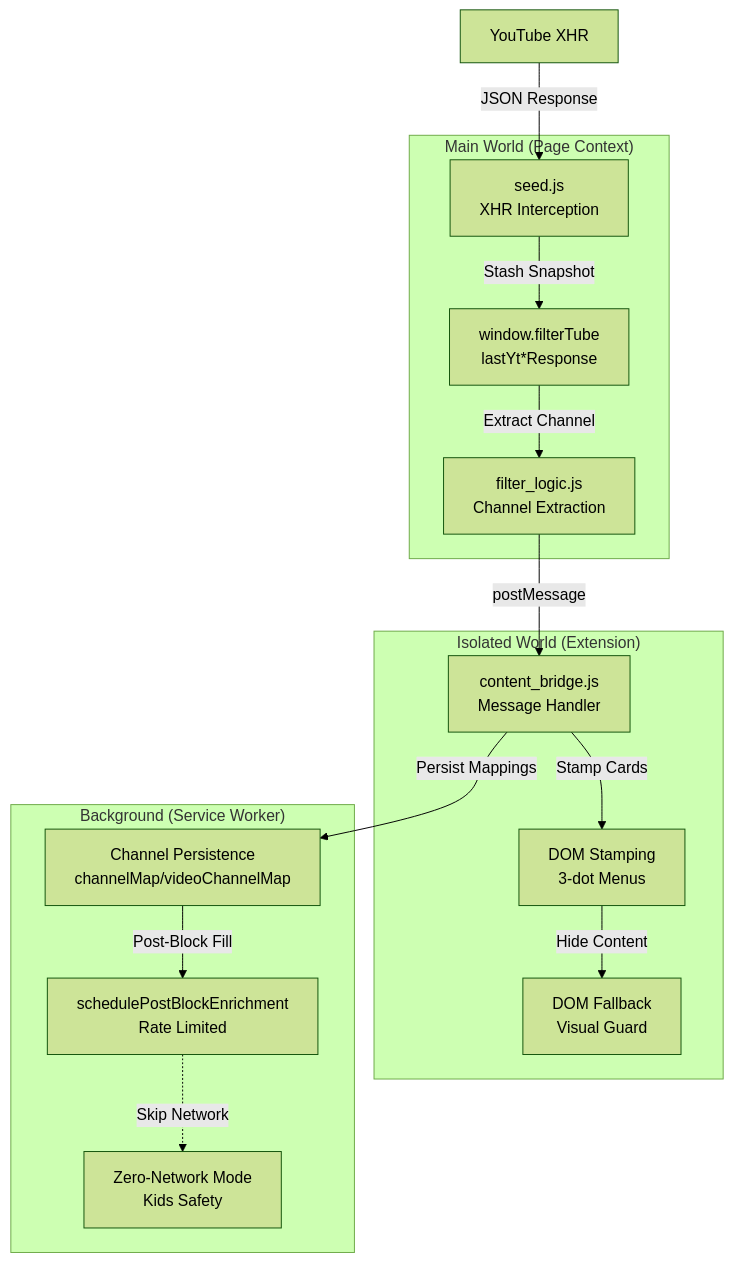
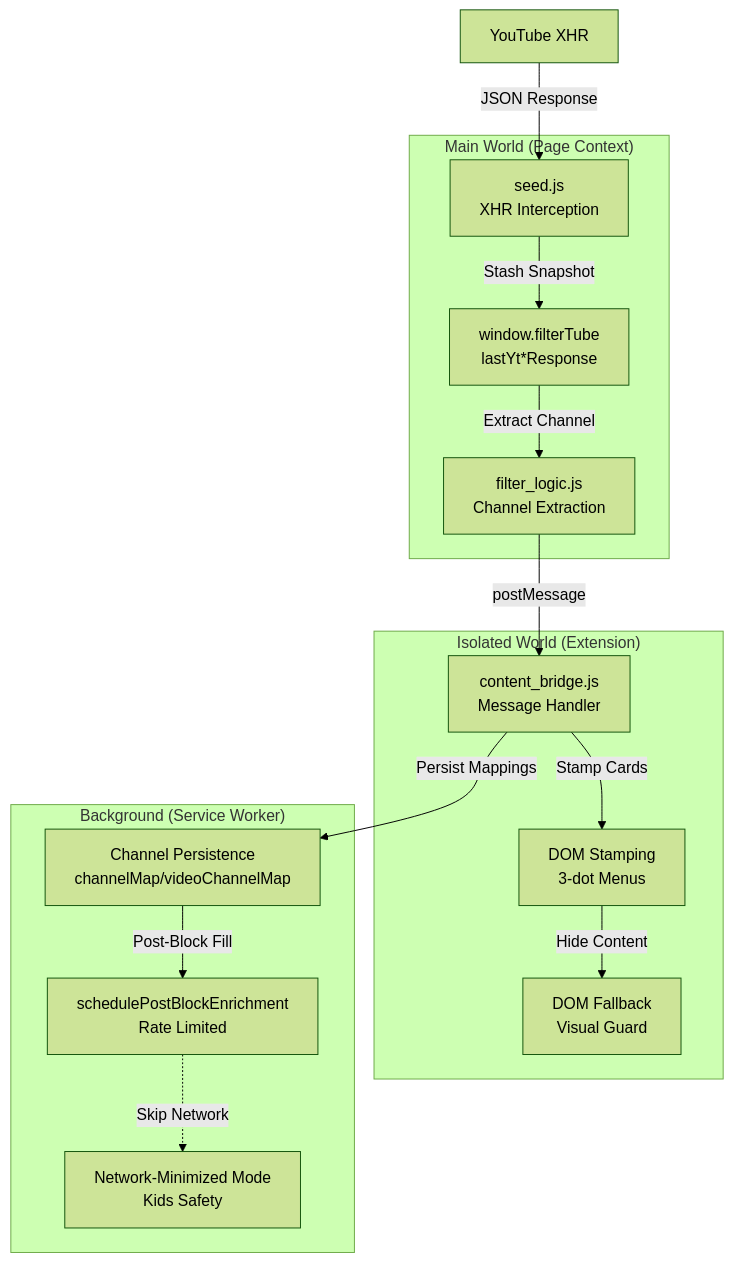
Diagram 23 of 25 in docs/ARCHITECTURE.md (varshneydevansh/FilterTube), drawn with Mermaid (forest theme) before and after one commit. The commit also changed other lines of this file and 1145 other files, not shown here.

````diff
--- a/docs/ARCHITECTURE.md
+++ b/docs/ARCHITECTURE.md
@@ -1248,31 +1257,31 @@
 ```mermaid
 graph TD
     subgraph "Main World (Page Context)"
         Seed[seed.js<br/>XHR Interception]
         Filter[filter_logic.js<br/>Channel Extraction]
         Snapshots[window.filterTube<br/>lastYt*Response]
     end
 
     subgraph "Isolated World (Extension)"
         Bridge[content_bridge.js<br/>Message Handler]
         DOM[DOM Stamping<br/>3-dot Menus]
         Fallback[DOM Fallback<br/>Visual Guard]
     end
 
     subgraph "Background (Service Worker)"
         Persist[Channel Persistence<br/>channelMap/videoChannelMap]
         Enrich[schedulePostBlockEnrichment<br/>Rate Limited]
-        Kids[Zero-Network Mode<br/>Kids Safety]
+        Kids[Network-Minimized Mode<br/>Kids Safety]
     end
 
     YouTube[YouTube XHR] -->|JSON Response| Seed
     Seed -->|Stash Snapshot| Snapshots
     Snapshots -->|Extract Channel| Filter
     Filter -->|postMessage| Bridge
     Bridge -->|Stamp Cards| DOM
     Bridge -->|Persist Mappings| Persist
     Persist -->|Post-Block Fill| Enrich
     Enrich -.->|Skip Network| Kids
     
     DOM -->|Hide Content| Fallback
 ```
````
